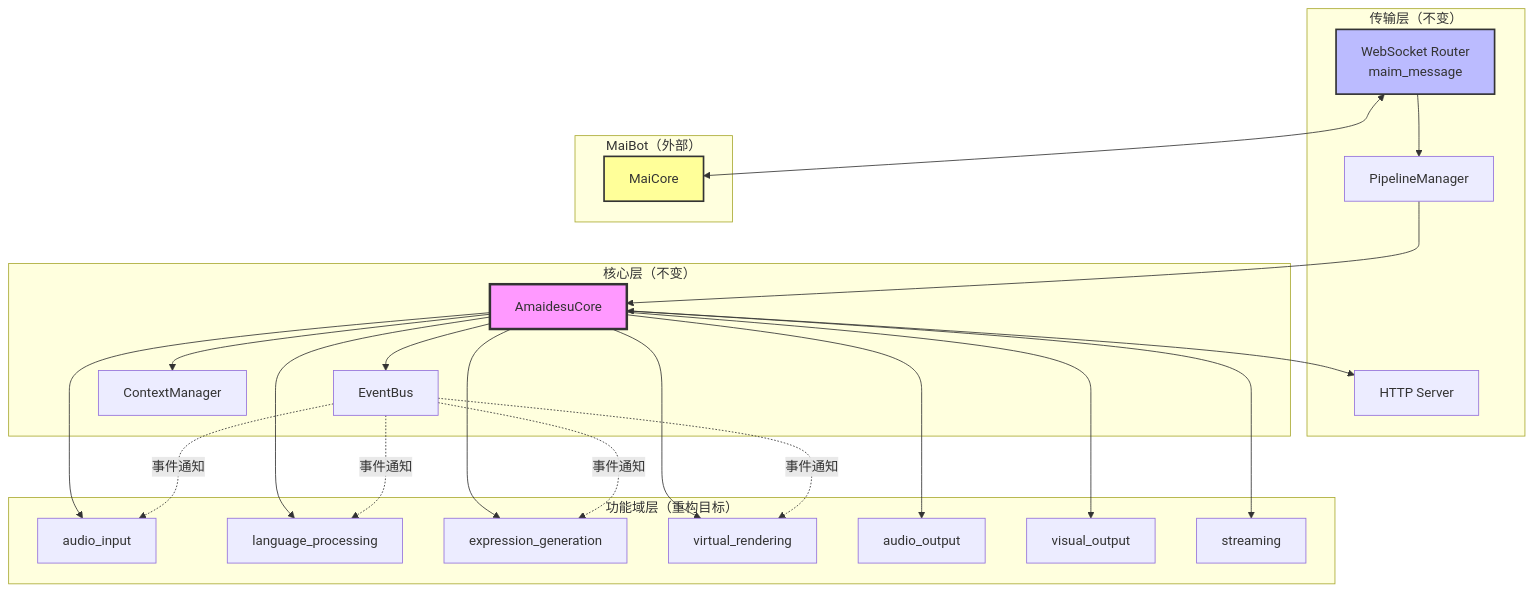
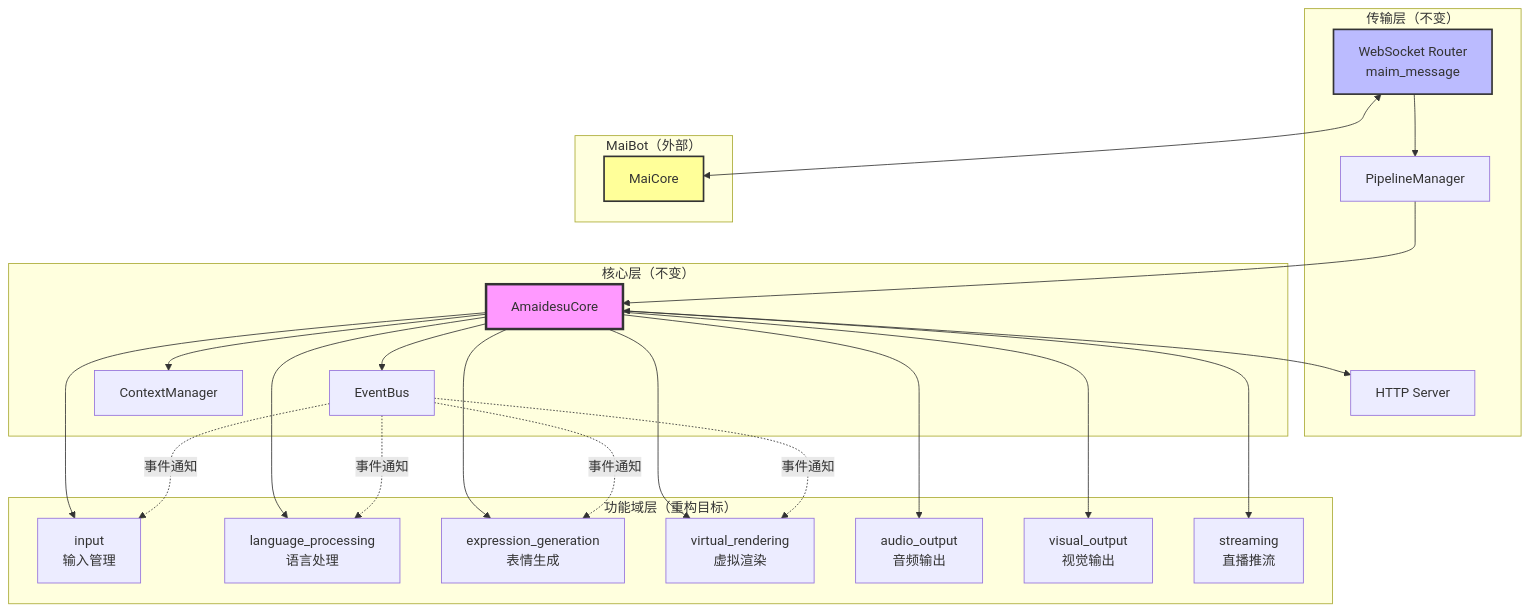
Before and after one commit to Mai-with-u/Amaidesu: the third of 5 diagrams in refactor.md, drawn with Mermaid. The commit also changed other lines of this file, not shown here.

````diff
--- a/refactor.md
+++ b/refactor.md
@@ -727,53 +684,53 @@
 ```mermaid
 graph TB
     subgraph "传输层（不变）"
         Router[WebSocket Router<br/>maim_message]
         HTTP[HTTP Server]
         Pipeline[PipelineManager]
     end
 
     subgraph "核心层（不变）"
         Core[AmaidesuCore]
         EventBus[EventBus]
         Context[ContextManager]
     end
 
     subgraph "功能域层（重构目标）"
-        AudioIn[audio_input]
-        LangProc[language_processing]
-        ExprGen[expression_generation]
-        VirtRend[virtual_rendering]
-        AudioOut[audio_output]
-        VisOut[visual_output]
-        Stream[streaming]
+        Input[input<br/>输入管理]
+        LangProc[language_processing<br/>语言处理]
+        ExprGen[expression_generation<br/>表情生成]
+        VirtRend[virtual_rendering<br/>虚拟渲染]
+        AudioOut[audio_output<br/>音频输出]
+        VisOut[visual_output<br/>视觉输出]
+        Stream[streaming<br/>直播推流]
     end
 
     subgraph "MaiBot（外部）"
         MaiCore[MaiCore]
     end
 
     Router <--> MaiCore
     Router --> Pipeline
     Pipeline --> Core
     Core <--> HTTP
 
     Core --> EventBus
     Core --> Context
 
-    Core --> AudioIn
+    Core --> Input
     Core --> LangProc
     Core --> ExprGen
     Core --> VirtRend
     Core --> AudioOut
     Core --> VisOut
     Core --> Stream
 
-    EventBus -.事件通知.-> AudioIn
+    EventBus -.事件通知.-> Input
     EventBus -.事件通知.-> LangProc
     EventBus -.事件通知.-> ExprGen
     EventBus -.事件通知.-> VirtRend
 
     style Core fill:#f9f,stroke:#333,stroke-width:3px
     style MaiCore fill:#ff9,stroke:#333,stroke-width:2px
     style Router fill:#bbf,stroke:#333,stroke-width:2px
 ```
````
